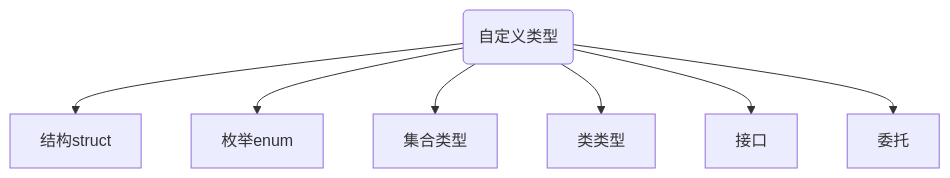
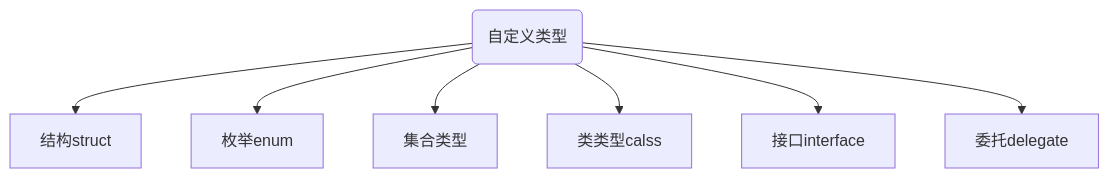
The second of 3 diagrams in Readme.md (xiaoYoc/CSharp-Learning-Notes-In-a-Nutshell), drawn with Mermaid before and after one commit. The commit also changed other lines of this file and 6 other files, not shown here.

````diff
--- a/Readme.md
+++ b/Readme.md
@@ -146,9 +152,9 @@
 ```mermaid
 flowchart TD
 A(自定义类型)--> 结构struct
 A --> 枚举enum
 A --> 集合类型
-A --> 类类型
-A --> 接口
-A--> 委托
+A --> 类类型calss
+A --> 接口interface
+A--> 委托delegate
 ```
````
